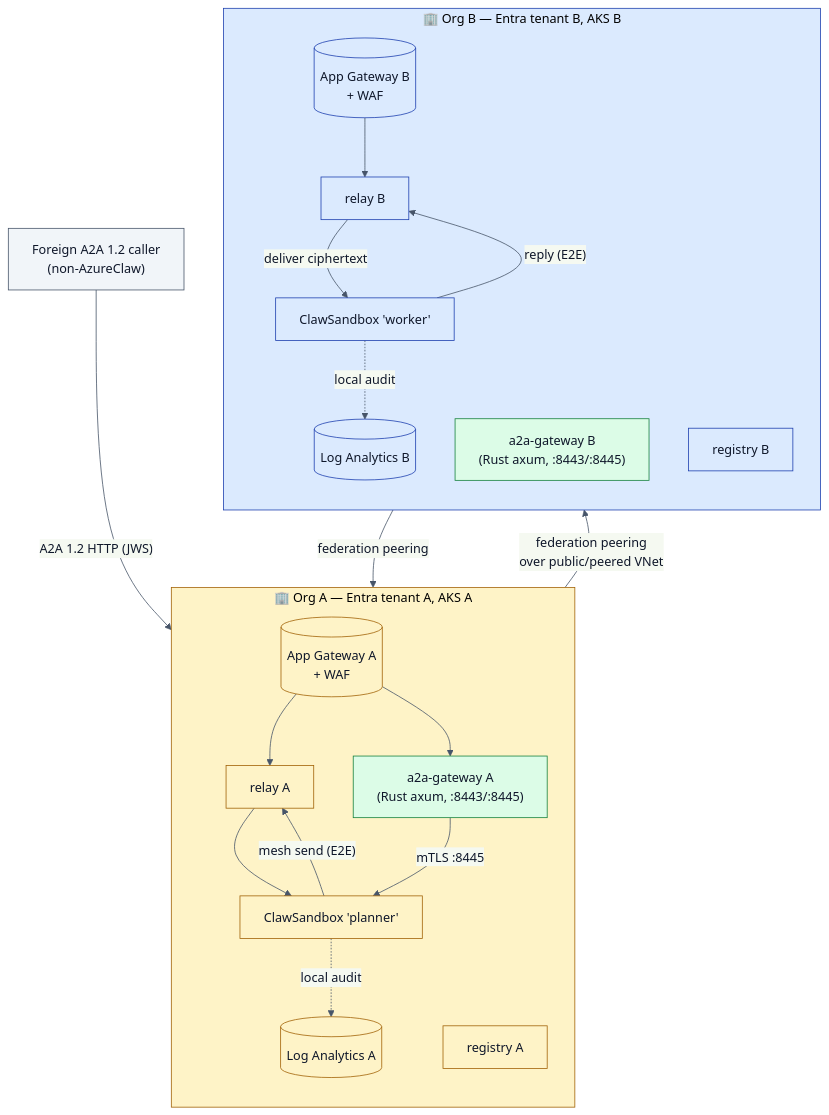
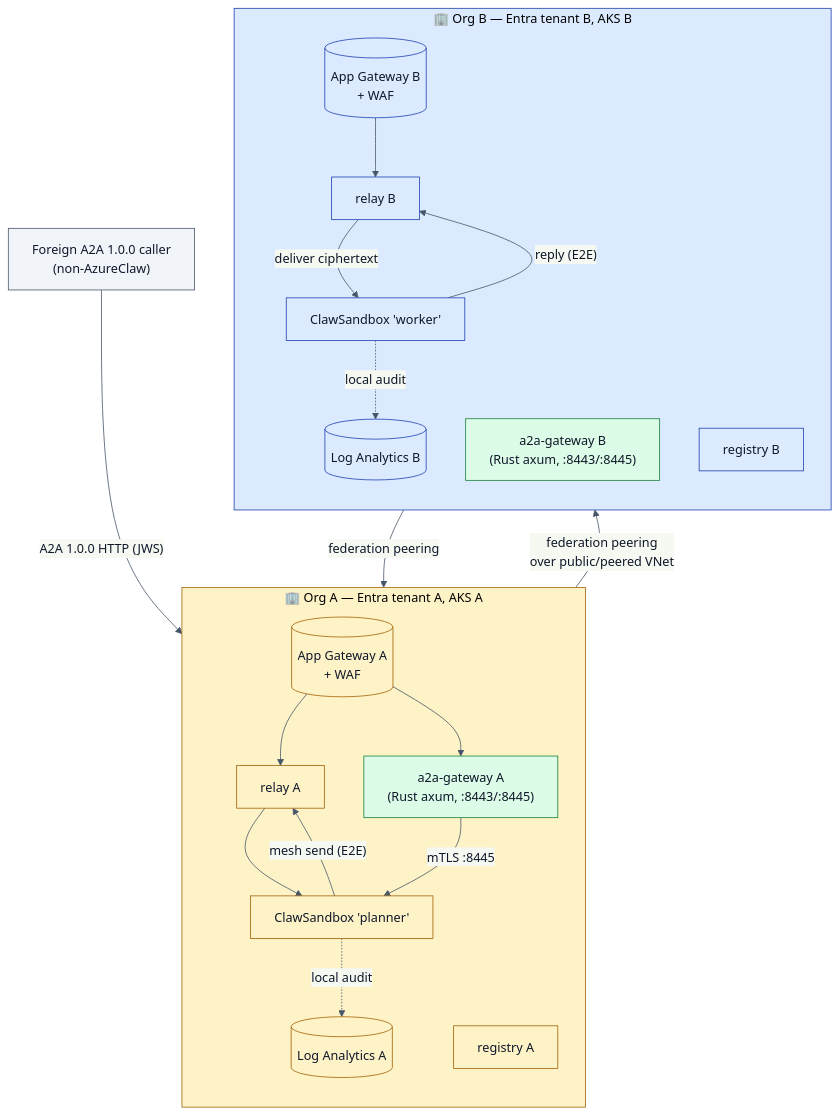
The first of 3 diagrams in docs/blueprints/04-cross-org-federation.md (lachie83/kars), drawn with Mermaid before and after one commit. The commit also changed other lines of this file and 35 other files, not shown here.

````diff
--- a/docs/blueprints/04-cross-org-federation.md
+++ b/docs/blueprints/04-cross-org-federation.md
@@ -13,49 +13,49 @@
 ```mermaid
 %%{init: {'theme':'base','themeVariables':{'primaryColor':'#f1f5f9','primaryBorderColor':'#475569','primaryTextColor':'#0f172a','lineColor':'#475569','clusterBkg':'#f8fafc','clusterBorder':'#94a3b8','fontFamily':'-apple-system, BlinkMacSystemFont, Segoe UI, sans-serif'}}}%%
 flowchart TB
   subgraph OrgA["🏢 Org A — Entra tenant A, AKS A"]
     direction TB
     AGwA[("App Gateway A<br/>+ WAF")]
     A2AGwA["a2a-gateway A<br/>(Rust axum, :8443/:8445)"]
     RegA["registry A"]
     RlyA["relay A"]
     AgentA["ClawSandbox 'planner'"]
     AuditA[("Log Analytics A")]
   end
 
   subgraph OrgB["🏢 Org B — Entra tenant B, AKS B"]
     direction TB
     AGwB[("App Gateway B<br/>+ WAF")]
     A2AGwB["a2a-gateway B<br/>(Rust axum, :8443/:8445)"]
     RegB["registry B"]
     RlyB["relay B"]
     AgentB["ClawSandbox 'worker'"]
     AuditB[("Log Analytics B")]
   end
 
-  ForeignCaller["Foreign A2A 1.2 caller<br/>(non-AzureClaw)"]
+  ForeignCaller["Foreign A2A 1.0.0 caller<br/>(non-AzureClaw)"]
 
   AgentA -->|"mesh send (E2E)"| RlyA
   RlyA -->|"federation peering<br/>over public/peered VNet"| AGwB
   AGwB --> RlyB
   RlyB -->|"deliver ciphertext"| AgentB
 
   AgentB -->|"reply (E2E)"| RlyB
   RlyB -->|"federation peering"| AGwA
   AGwA --> RlyA
   RlyA --> AgentA
 
-  ForeignCaller -->|"A2A 1.2 HTTP (JWS)"| AGwA
+  ForeignCaller -->|"A2A 1.0.0 HTTP (JWS)"| AGwA
   AGwA --> A2AGwA
   A2AGwA -->|"mTLS :8445"| AgentA
 
   AgentA -.->|"local audit"| AuditA
   AgentB -.->|"local audit"| AuditB
 
   classDef orgA fill:#fef3c7,stroke:#a16207;
   classDef orgB fill:#dbeafe,stroke:#1e40af;
   classDef gw fill:#dcfce7,stroke:#15803d;
   class OrgA,AGwA,RegA,RlyA,AgentA,AuditA orgA;
   class OrgB,AGwB,RegB,RlyB,AgentB,AuditB orgB;
   class A2AGwA,A2AGwB gw;
 ```
````
